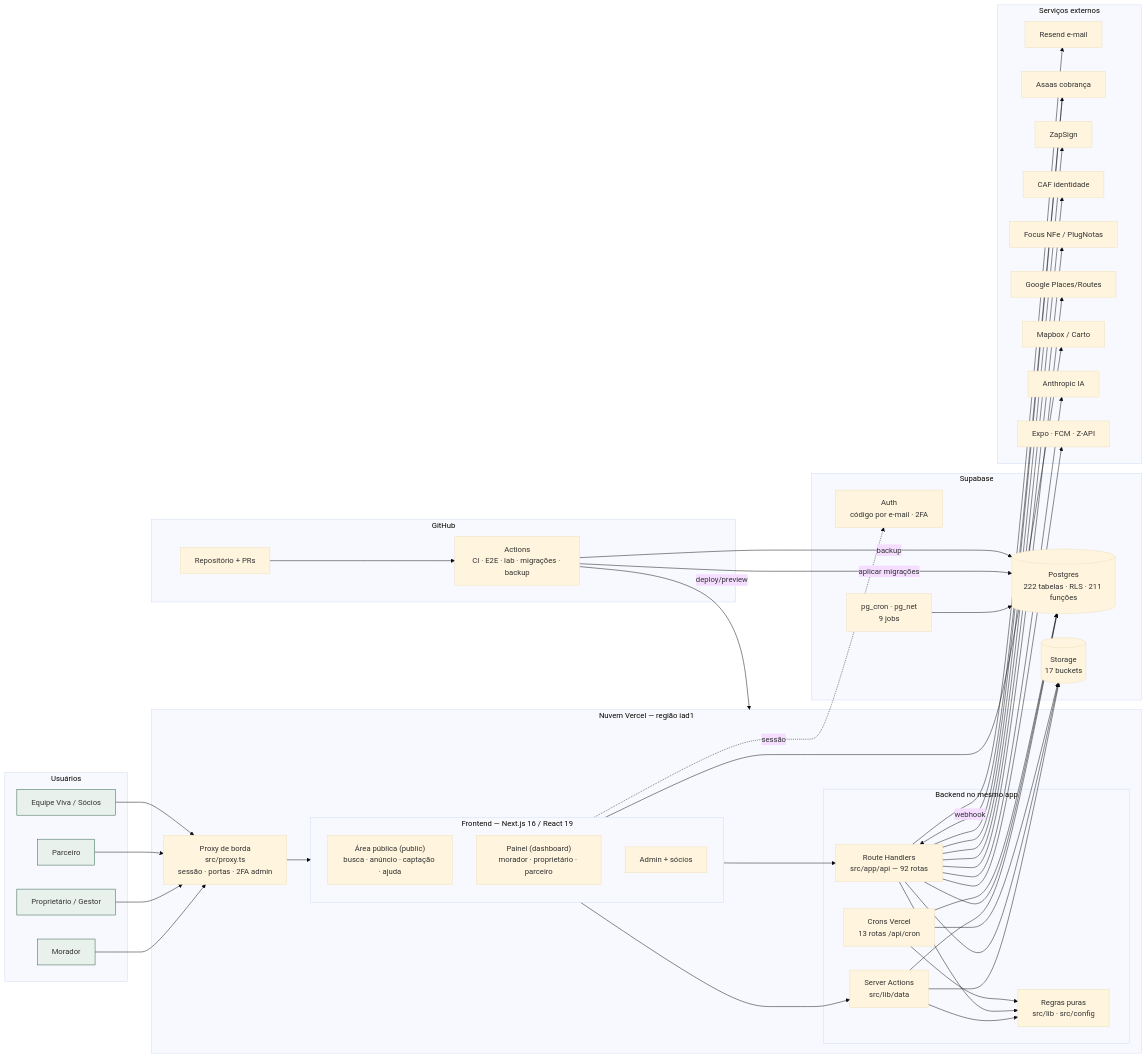
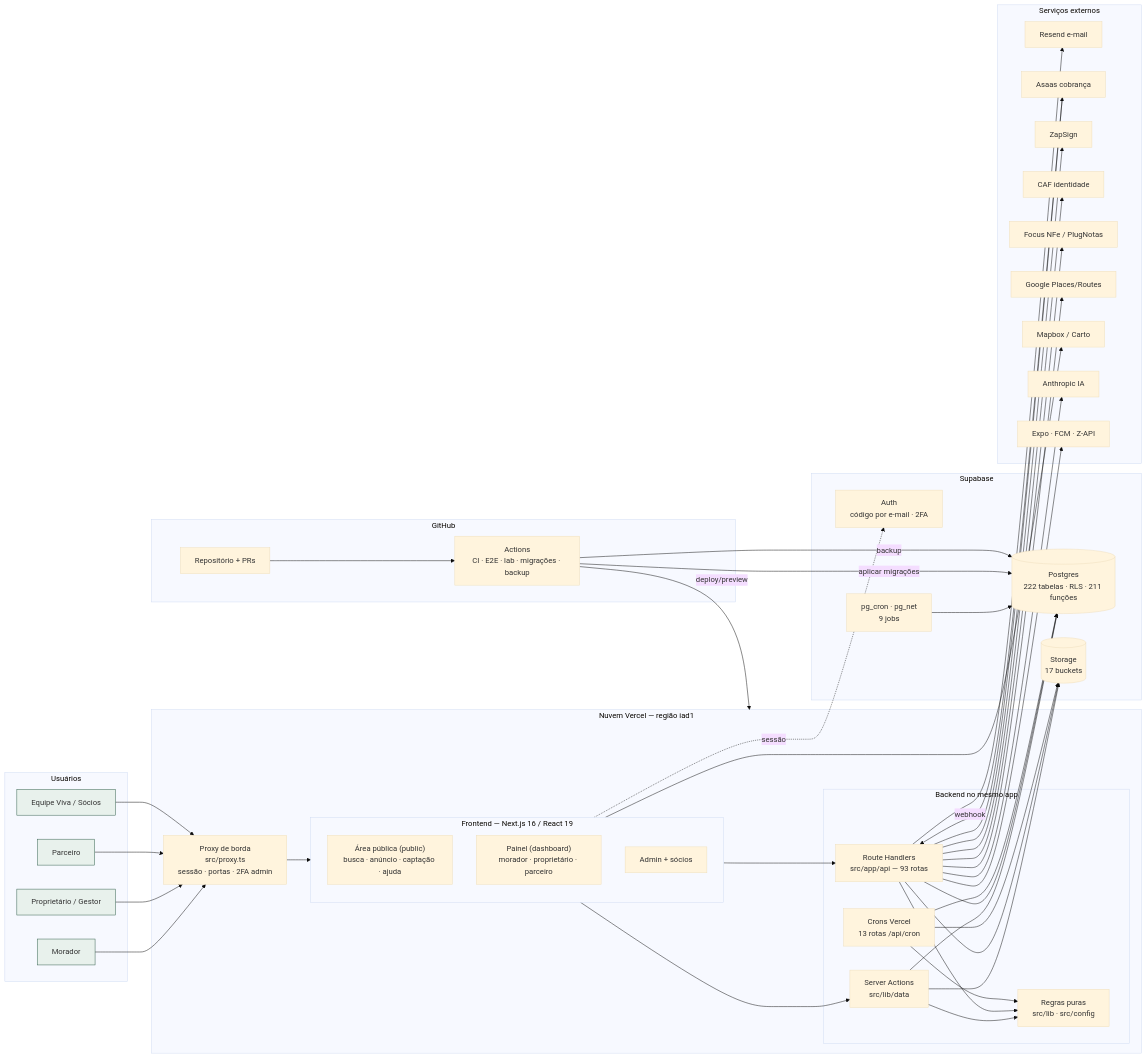
Before and after one commit to danielrodovalho228-ship-it/Viva-Nomads-Oficial: the diagram in docs/e867-documentacao-tecnica.md, drawn with Mermaid (base theme). The commit also changed other lines of this file and 1 other file, not shown here.

Commit message:
chore(E143): a rota /api/guia-nivel no mapa de cobertura e na contagem do e867
Claude-Session: https://claude.ai/code/session_01PtgQcJTujjKwKoFgHtC45J

````diff
--- a/docs/e867-documentacao-tecnica.md
+++ b/docs/e867-documentacao-tecnica.md
@@ -186,64 +186,64 @@
 ```mermaid
 flowchart LR
   subgraph U[Usuários]
     M[Morador]:::u
     P[Proprietário / Gestor]:::u
     PA[Parceiro]:::u
     EQ[Equipe Viva / Sócios]:::u
   end
 
   subgraph V[Nuvem Vercel — região iad1]
     PX[Proxy de borda<br/>src/proxy.ts<br/>sessão · portas · 2FA admin]
     subgraph FE[Frontend — Next.js 16 / React 19]
       PUB["Área pública (public)<br/>busca · anúncio · captação · ajuda"]
       DASH["Painel (dashboard)<br/>morador · proprietário · parceiro"]
       ADM["Admin + sócios"]
     end
     subgraph BE[Backend no mesmo app]
       SA[Server Actions<br/>src/lib/data]
-      API[Route Handlers<br/>src/app/api — 92 rotas]
+      API[Route Handlers<br/>src/app/api — 93 rotas]
       CR[Crons Vercel<br/>13 rotas /api/cron]
       RP[Regras puras<br/>src/lib · src/config]
     end
   end
 
   subgraph SB[Supabase]
     AUTH[Auth<br/>código por e-mail · 2FA]
     DB[(Postgres<br/>222 tabelas · RLS · 211 funções)]
     ST[(Storage<br/>17 buckets)]
     PGC[pg_cron · pg_net<br/>9 jobs]
   end
 
   subgraph EXT[Serviços externos]
     RS[Resend e-mail]
     AS[Asaas cobrança]
     ZS[ZapSign]
     CAF[CAF identidade]
     NF[Focus NFe / PlugNotas]
     GG[Google Places/Routes]
     MB[Mapbox / Carto]
     AN[Anthropic IA]
     PU[Expo · FCM · Z-API]
   end
 
   subgraph GH[GitHub]
     REPO[Repositório + PRs]
     ACT[Actions<br/>CI · E2E · lab · migrações · backup]
   end
 
   M & P & PA & EQ --> PX --> FE
   FE --> SA & API
   SA & API & CR --> RP
   SA & API & CR --> DB & ST
   FE -. sessão .-> AUTH
   PGC --> DB
   API --> RS & AS & ZS & CAF & NF & GG & AN & PU
   FE --> MB
   AS -- webhook --> API
   REPO --> ACT
   ACT -- deploy/preview --> V
   ACT -- aplicar migrações --> DB
   ACT -- backup --> DB
 
   classDef u fill:#e8f1ec,stroke:#2f5d4a;
 ```
````
